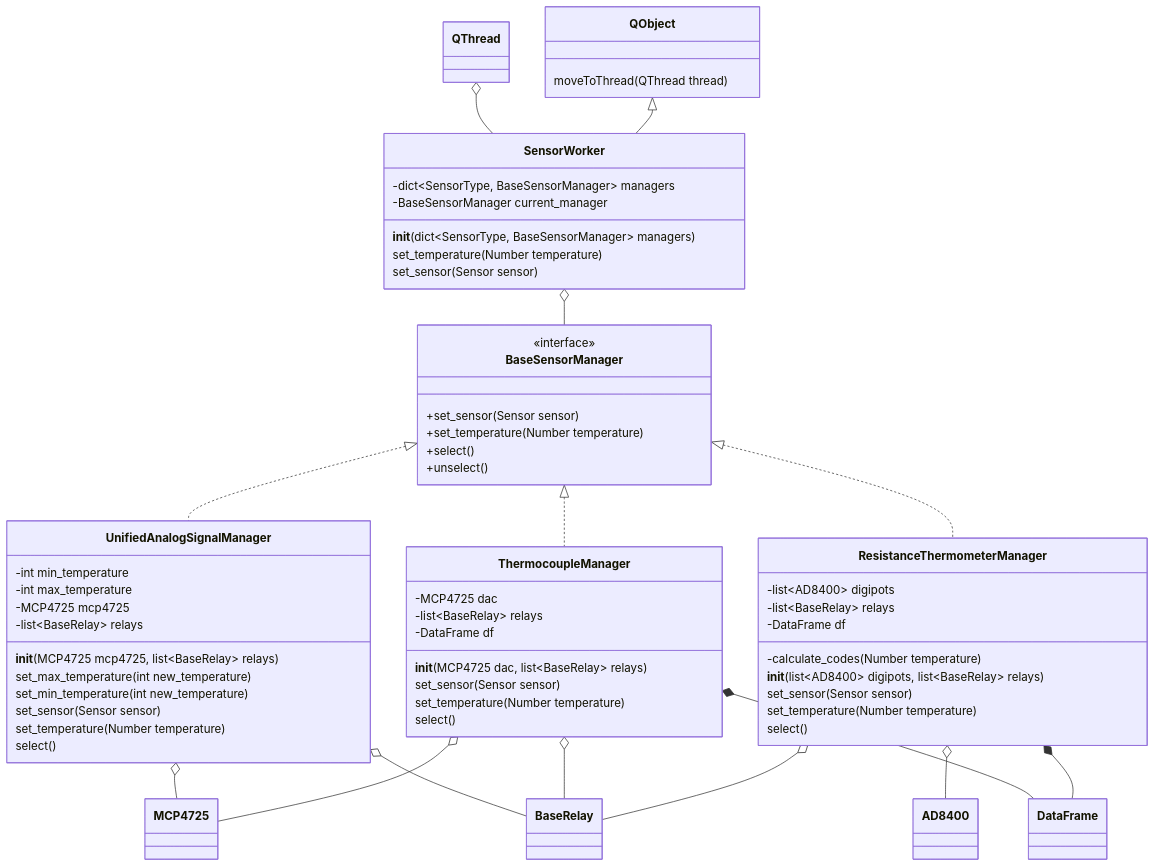
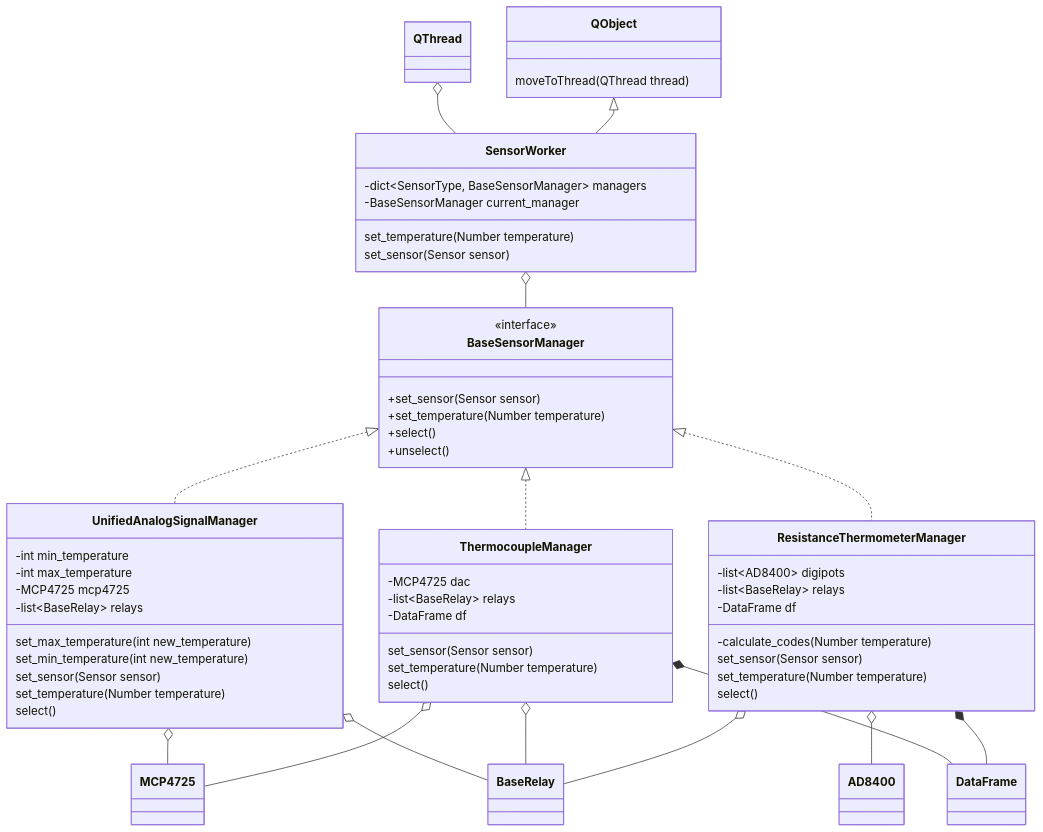
The third of 7 diagrams in data/diagrams/диаграмма классов.md (Marik28/dissertation), drawn with Mermaid before and after one commit. The commit also changed other lines of this file, not shown here.

````diff
--- a/data/diagrams/диаграмма классов.md
+++ b/data/diagrams/диаграмма классов.md
@@ -134,71 +130,67 @@
 ```mermaid
 classDiagram
 
     class SensorWorker {
         -dict~SensorType, BaseSensorManager~ managers 
         -BaseSensorManager current_manager 
-        __init__(dict~SensorType, BaseSensorManager~ managers)
         set_temperature(Number temperature)
         set_sensor(Sensor sensor)
     }
     
     class QObject {
         moveToThread(QThread thread)
     }
     
     class BaseSensorManager {
         <<interface>>
         +set_sensor(Sensor sensor)
         +set_temperature(Number temperature)
         +select()
         +unselect()   
     }
     
     class UnifiedAnalogSignalManager {
         -int min_temperature 
         -int max_temperature
         -MCP4725 mcp4725 
         -list~BaseRelay~ relays
-        __init__(MCP4725 mcp4725, list~BaseRelay~ relays)
         set_max_temperature(int new_temperature)
         set_min_temperature(int new_temperature)
         set_sensor(Sensor sensor)
         set_temperature(Number temperature)
         select()
     }
     
     class ResistanceThermometerManager {
         -list~AD8400~ digipots
         -list~BaseRelay~ relays
         -DataFrame df
         -calculate_codes(Number temperature)
-        __init__(list~AD8400~ digipots, list~BaseRelay~ relays)
         set_sensor(Sensor sensor)
         set_temperature(Number temperature)
         select()
     }
     class ThermocoupleManager {
         -MCP4725 dac
         -list~BaseRelay~ relays
         -DataFrame df
-        __init__(MCP4725 dac, list~BaseRelay~ relays)
         set_sensor(Sensor sensor)
         set_temperature(Number temperature)
         select()
     }
   
     QObject <|-- SensorWorker
     QThread o-- SensorWorker
     SensorWorker o-- BaseSensorManager
     BaseSensorManager <|.. UnifiedAnalogSignalManager
     BaseSensorManager <|.. ResistanceThermometerManager
     BaseSensorManager <|.. ThermocoupleManager
     ResistanceThermometerManager o-- BaseRelay
     ResistanceThermometerManager o-- AD8400
     ResistanceThermometerManager *-- DataFrame
     ThermocoupleManager o-- MCP4725
     ThermocoupleManager o-- BaseRelay
     ThermocoupleManager *-- DataFrame
     UnifiedAnalogSignalManager o-- MCP4725
     UnifiedAnalogSignalManager o-- BaseRelay
 ```
````
